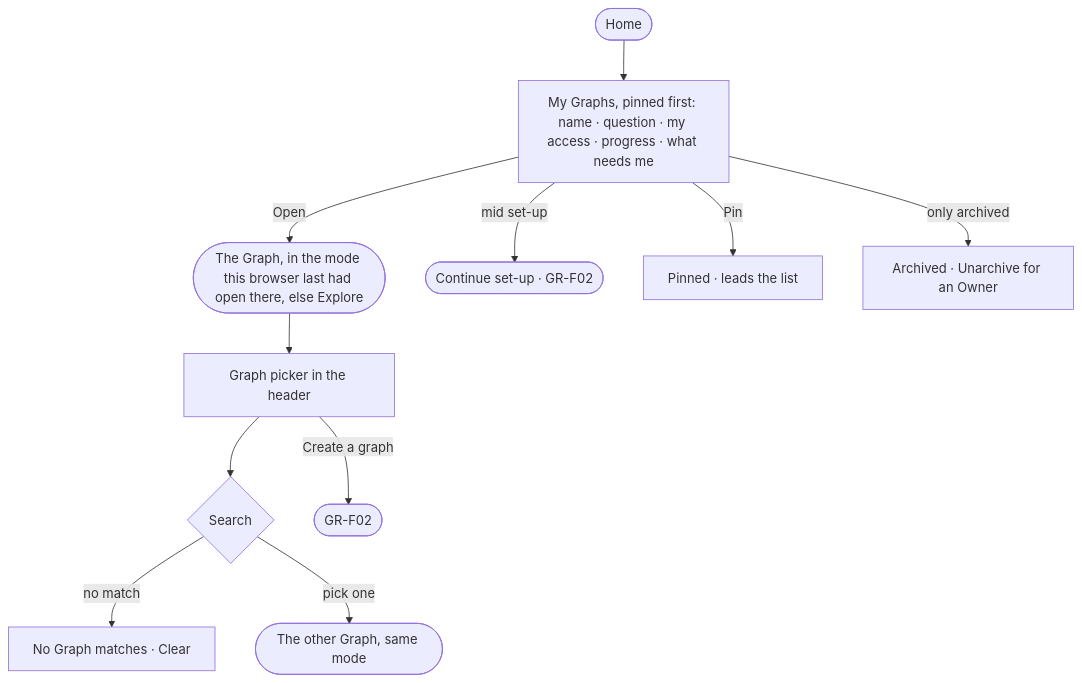
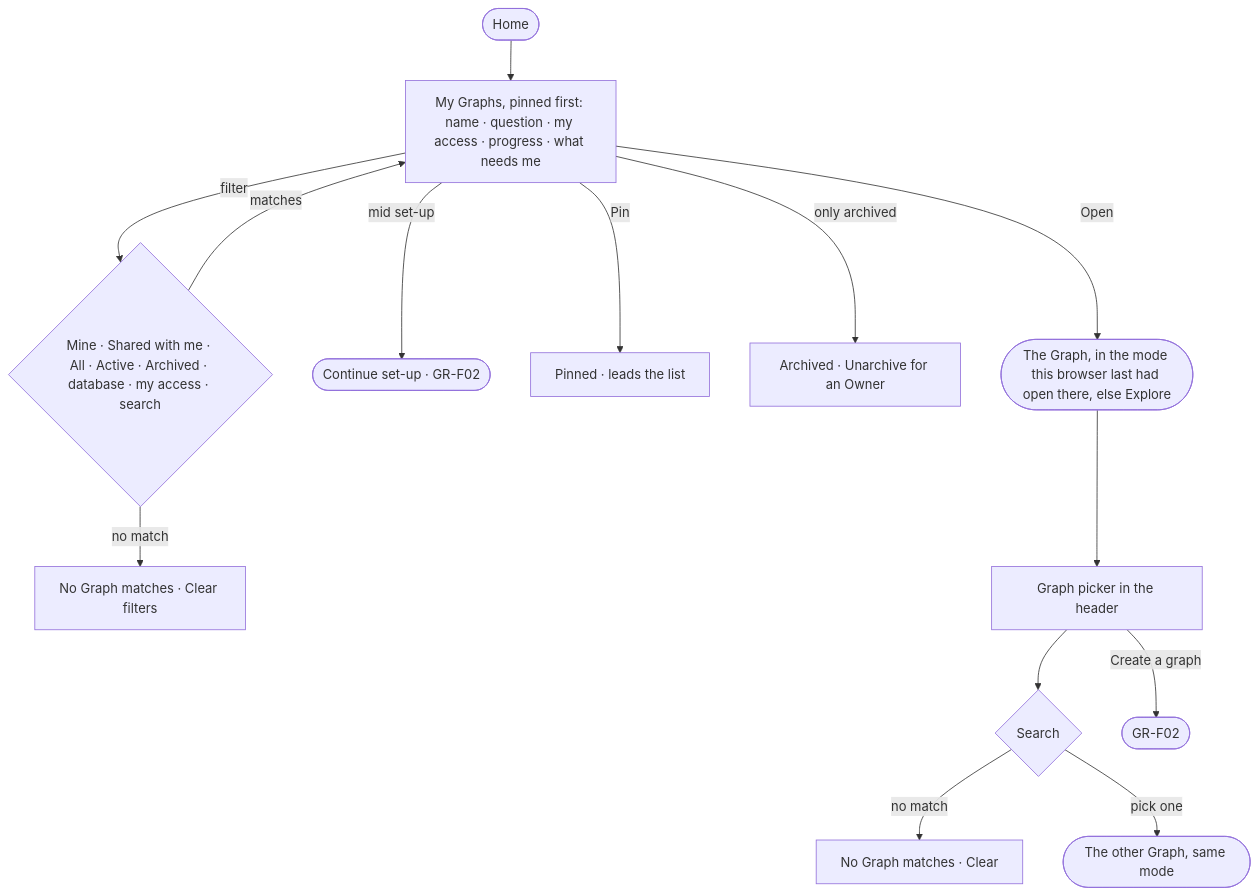
Before and after one commit to invana/invana: the diagram in specs/os/graph/features/GR-F01-open-a-graph/stories/GR-01-open-a-graph-i-can-reach/story.md, drawn with Mermaid. The commit also changed other lines of this file and 637 other files, not shown here.

````diff
--- a/specs/os/graph/features/GR-F01-open-a-graph/stories/GR-01-open-a-graph-i-can-reach/story.md
+++ b/specs/os/graph/features/GR-F01-open-a-graph/stories/GR-01-open-a-graph-i-can-reach/story.md
@@ -26,13 +26,16 @@
 ```mermaid
 flowchart TD
   h([Home]) --> l["My Graphs, pinned first: name · question · my access · progress · what needs me"]
   l -->|Open| m(["The Graph, in the mode this browser last had open there, else Explore"])
   l -->|mid set-up| cs(["Continue set-up · GR-F02"])
   l -->|Pin| pn["Pinned · leads the list"]
   l -->|only archived| ar["Archived · Unarchive for an Owner"]
+  l -->|filter| fl{"Mine · Shared with me · All · Active · Archived · database · my access · search"}
+  fl -->|no match| fe["No Graph matches · Clear filters"]
+  fl -->|matches| l
   m --> gp["Graph picker in the header"]
   gp --> q{"Search"}
   q -->|no match| e["No Graph matches · Clear"]
   q -->|pick one| sw(["The other Graph, same mode"])
   gp -->|Create a graph| cg(["GR-F02"])
 ```
````
